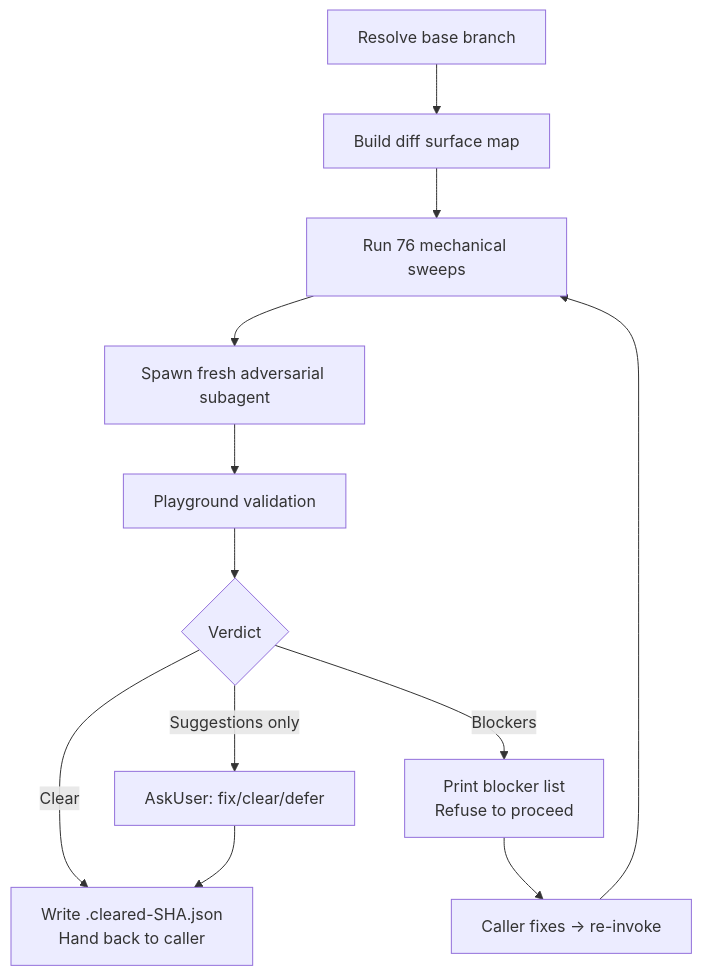
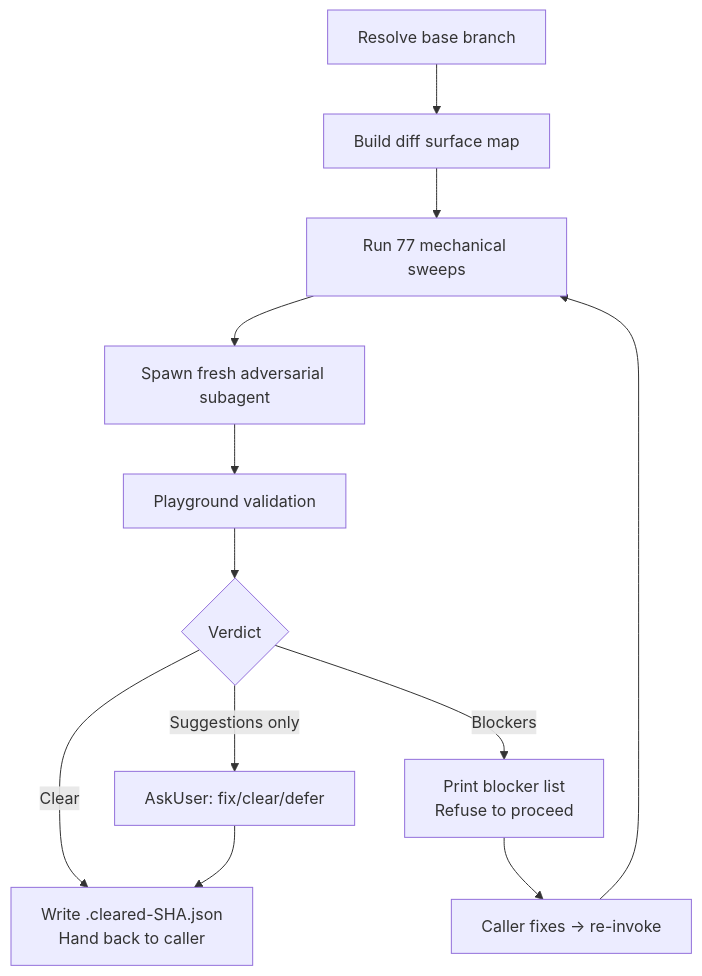
One commit to whizzzkid/skills changed the diagram in skills/adversarial-review/README.md. Above: the diagram before and after it, drawn with Mermaid. The commit also changed other lines of this file and 3 other files, not shown here.

````diff
--- a/skills/adversarial-review/README.md
+++ b/skills/adversarial-review/README.md
@@ -16,14 +16,14 @@
 ```mermaid
 flowchart TD
     A[Resolve base branch] --> B[Build diff surface map]
-    B --> C[Run 76 mechanical sweeps]
+    B --> C[Run 77 mechanical sweeps]
     C --> D[Spawn fresh adversarial subagent]
     D --> E[Playground validation]
     E --> F{Verdict}
     F -->|Clear| G[Write .cleared-SHA.json<br/>Hand back to caller]
     F -->|Blockers| H[Print blocker list<br/>Refuse to proceed]
     F -->|Suggestions only| I[AskUser: fix/clear/defer]
     H --> J[Caller fixes → re-invoke]
     J --> C
     I --> G
 ```
````
